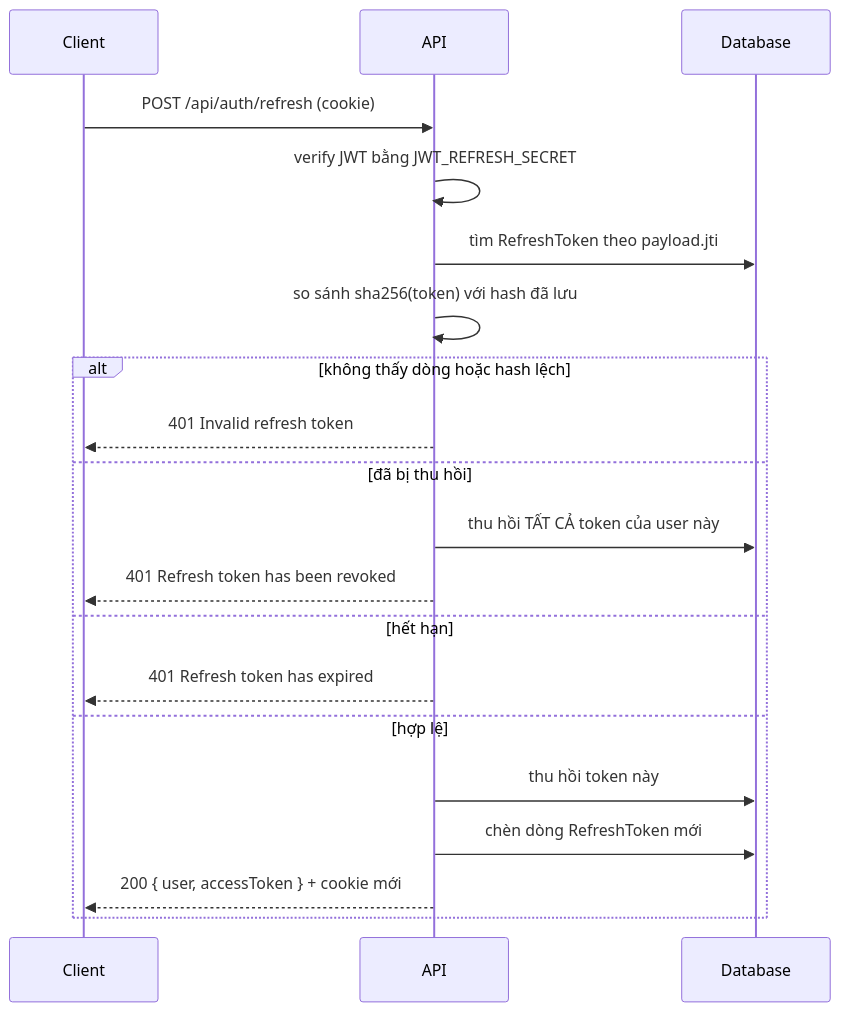
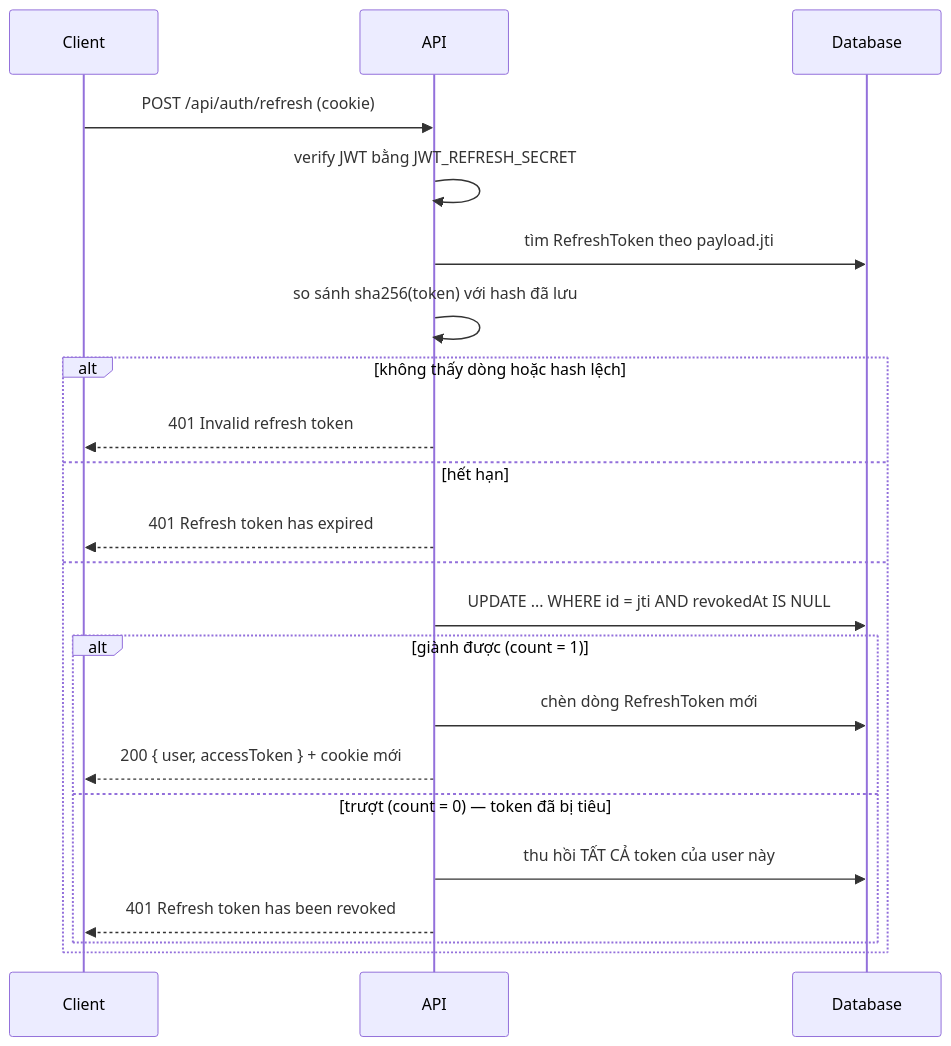
Before and after one commit to PKTam107/ai-meeting-assistant: the diagram in docs/architecture/authentication.md, drawn with Mermaid. The commit also changed other lines of this file and 3 other files, not shown here.

````diff
--- a/docs/architecture/authentication.md
+++ b/docs/architecture/authentication.md
@@ -50,24 +50,26 @@
 ```mermaid
 sequenceDiagram
     participant C as Client
     participant A as API
     participant D as Database
 
     C->>A: POST /api/auth/refresh (cookie)
     A->>A: verify JWT bằng JWT_REFRESH_SECRET
     A->>D: tìm RefreshToken theo payload.jti
     A->>A: so sánh sha256(token) với hash đã lưu
 
     alt không thấy dòng hoặc hash lệch
         A-->>C: 401 Invalid refresh token
-    else đã bị thu hồi
-        A->>D: thu hồi TẤT CẢ token của user này
-        A-->>C: 401 Refresh token has been revoked
     else hết hạn
         A-->>C: 401 Refresh token has expired
-    else hợp lệ
-        A->>D: thu hồi token này
-        A->>D: chèn dòng RefreshToken mới
-        A-->>C: 200 { user, accessToken } + cookie mới
+    else
+        A->>D: UPDATE ... WHERE id = jti AND revokedAt IS NULL
+        alt giành được (count = 1)
+            A->>D: chèn dòng RefreshToken mới
+            A-->>C: 200 { user, accessToken } + cookie mới
+        else trượt (count = 0) — token đã bị tiêu
+            A->>D: thu hồi TẤT CẢ token của user này
+            A-->>C: 401 Refresh token has been revoked
+        end
     end
 ```
````
